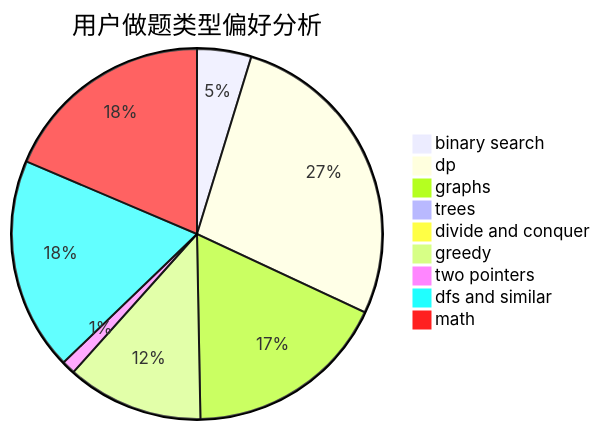
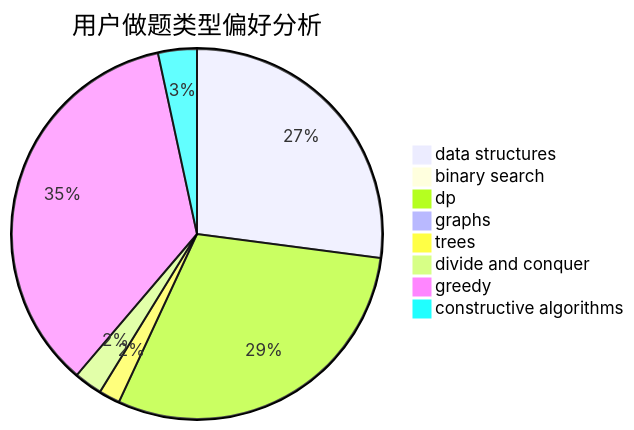
Before and after one commit to sherpahu/cfrs.github.io: the second of 3 diagrams in docs/user/u240.md, drawn with Mermaid. The commit also changed other lines of this file and 2775 other files, not shown here.

````diff
--- a/docs/user/u240.md
+++ b/docs/user/u240.md
@@ -23,12 +23,11 @@
 ```mermaid
 pie title 用户做题类型偏好分析
-    "binary search" :  56
-    "dp" :  322
-    "graphs" :  210
-    "trees" :  11
+    "data structures" :  88
+    "binary search" :  3
+    "dp" :  97
+    "graphs" :  2
+    "trees" :  6
     "divide and conquer" :  8
-    "greedy" :  141
-    "two pointers" :  14
-    "dfs and similar" :  220
-    "math" :  220
+    "greedy" :  115
+    "constructive algorithms" :  11
 ```
````
